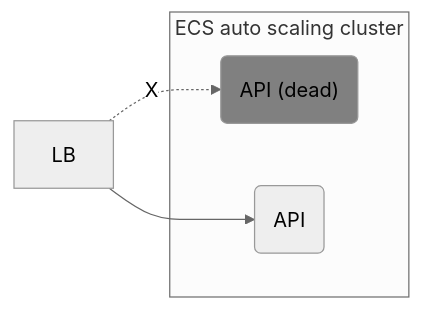
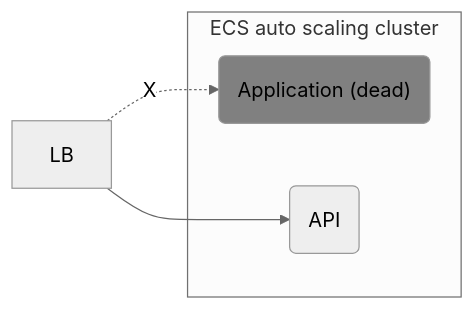
Before and after one commit to pavradev/data-analytics-app-architecture-aws: the fourth of 7 diagrams in README.md, drawn with Mermaid (neutral theme). The commit also changed other lines of this file, not shown here.

````diff
--- a/README.md
+++ b/README.md
@@ -57,10 +57,10 @@
 ```mermaid
   flowchart LR
-  style api1 fill:grey
-  lb[LB] -.X.-> api1("API (dead)") 
-  lb[LB] -->  api2(API)
+  style app1 fill:grey
+  lb[LB] -.X.-> app1("Application (dead)") 
+  lb[LB] -->  app2(API)
   subgraph c1 [ECS auto scaling cluster]
-      api1
-      api2
+      app1
+      app2
   end
 ```
````
